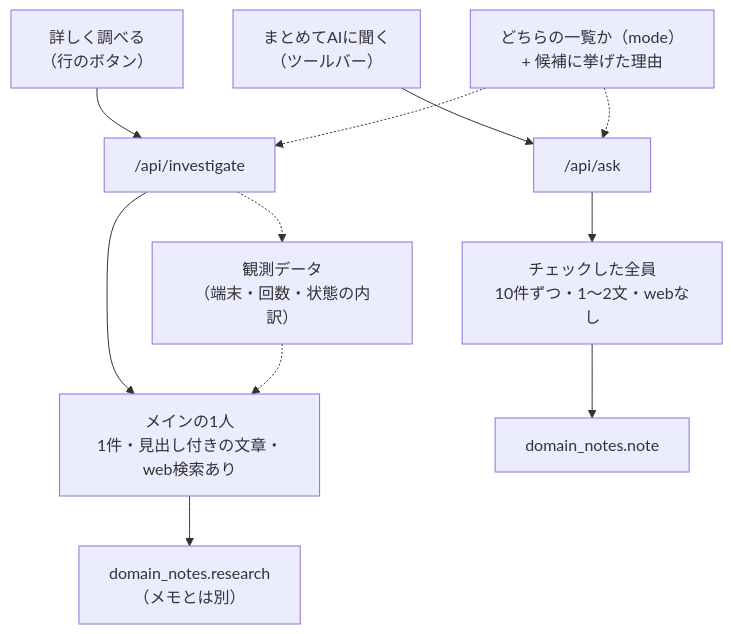
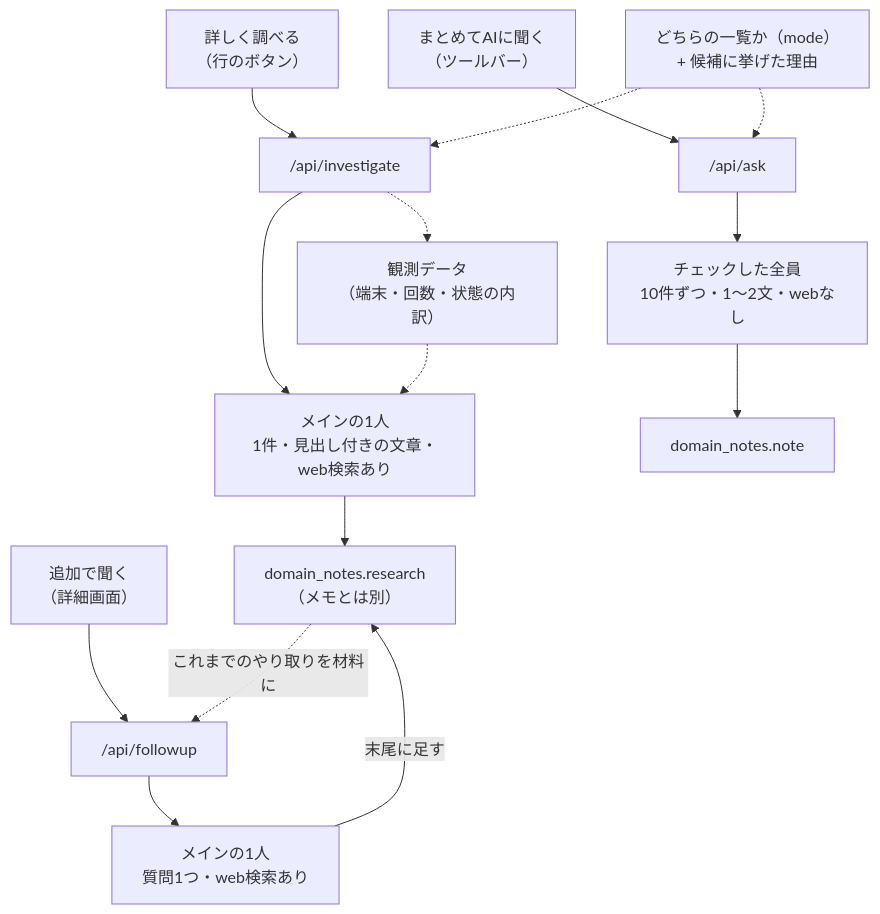
One commit to rtcode337/pihole-monitor changed the fourth of 5 diagrams in docs/architecture.md. Above: the diagram before and after it, drawn with Mermaid. The commit also changed other lines of this file and 7 other files, not shown here.

````diff
--- a/docs/architecture.md
+++ b/docs/architecture.md
@@ -152,17 +154,22 @@
 ```mermaid
 flowchart TB
     B1["まとめてAIに聞く<br/>（ツールバー）"] --> ASK["/api/ask"]
     B2["詳しく調べる<br/>（行のボタン）"] --> INV["/api/investigate"]
 
     ASK --> ALL["チェックした全員<br/>10件ずつ・1〜2文・webなし"]
     INV --> ONE["メインの1人<br/>1件・見出し付きの文章・web検索あり"]
 
     MODE["どちらの一覧か（mode）<br/>+ 候補に挙げた理由"] -.-> ASK
     MODE -.-> INV
 
     INV -.-> PROF["観測データ<br/>（端末・回数・状態の内訳）"]
     PROF -.-> ONE
 
     ALL --> NOTE["domain_notes.note"]
     ONE --> RES["domain_notes.research<br/>（メモとは別）"]
+
+    B3["追加で聞く<br/>（詳細画面）"] --> FU["/api/followup"]
+    RES -.->|これまでのやり取りを材料に| FU
+    FU --> ONE2["メインの1人<br/>質問1つ・web検索あり"]
+    ONE2 -->|末尾に足す| RES
 ```
````
